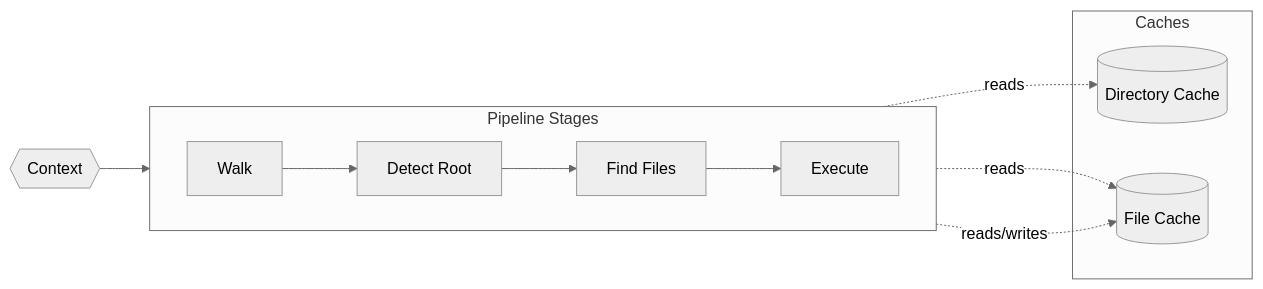
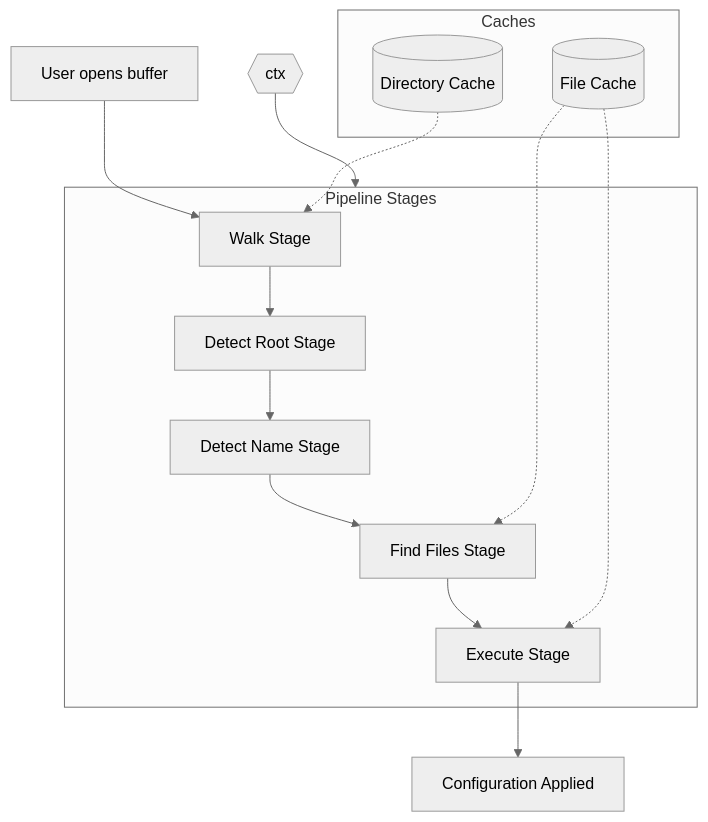
Before and after one commit to rektide/project-settings-nvim: the first of 3 diagrams in README.md, drawn with Mermaid (neutral theme). The commit also changed other lines of this file, not shown here.

````diff
--- a/README.md
+++ b/README.md
@@ -18,20 +13,25 @@
 ```mermaid
-flowchart LR
+flowchart TD
+    BufferOpen[User opens buffer] --> Walk[Walk Stage]
+    Walk --> DetectRoot[Detect Root Stage]
+    DetectRoot --> DetectName[Detect Name Stage]
+    DetectName --> FindFiles[Find Files Stage]
+    FindFiles --> Execute[Execute Stage]
+    Execute --> Applied[Configuration Applied]
+    
     subgraph Pipeline["Pipeline Stages"]
-        direction LR
-        W[Walk] --> D[Detect Root]
-        D --> F[Find Files]
-        F --> E[Execute]
+        Walk
+        DetectRoot
+        DetectName
+        FindFiles
+        Execute
     end
     
     subgraph Caches
-        DC[(Directory Cache)]
-        FC[(File Cache)]
+        DirCache[(Directory Cache)] -.-> Walk
+        FileCache[(File Cache)] -.-> FindFiles
+        FileCache -.-> Execute
     end
     
-    W -.->|reads| DC
-    F -.->|reads| FC
-    E -.->|reads/writes| FC
-    
-    CTX{{Context}} --> Pipeline
+    CTX{{ctx}} --> Pipeline
 ```
````
